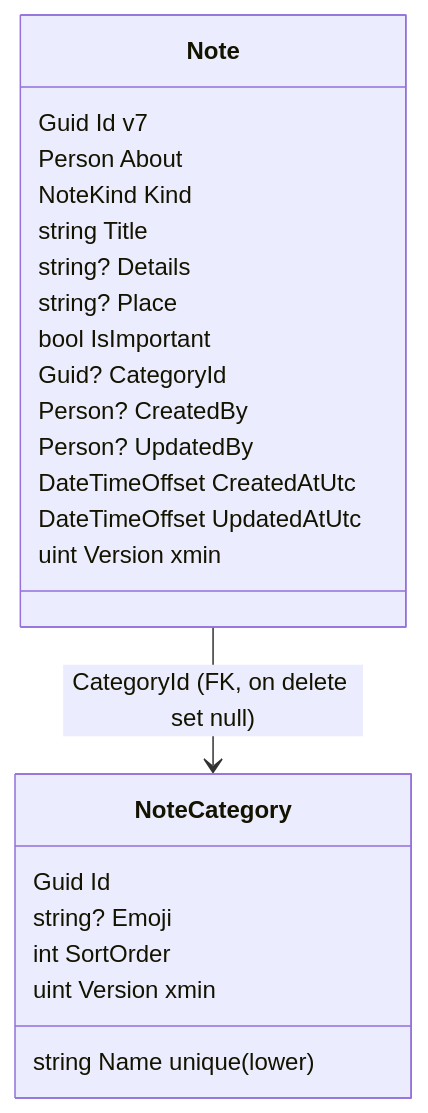
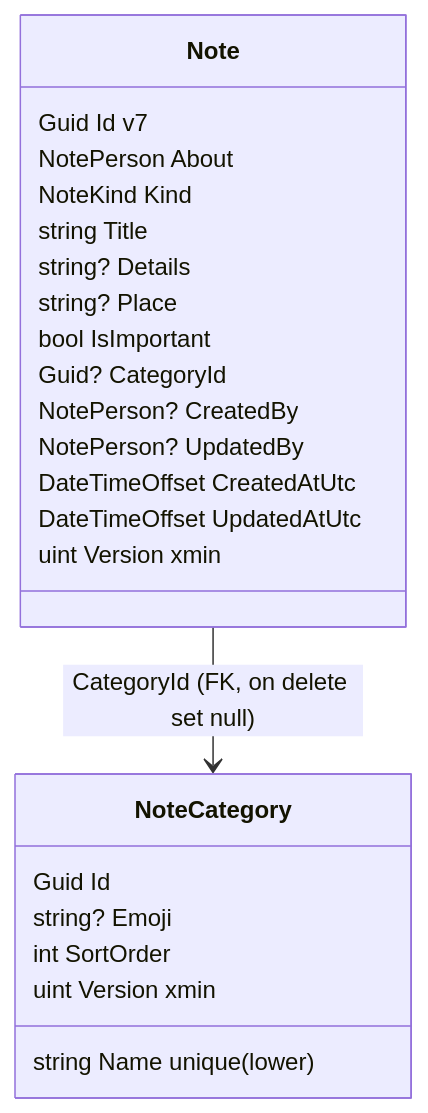
One commit to Weretik/home-app changed the diagram in api/docs/modules/notes.md. Above: the diagram before and after it, drawn with Mermaid. The commit also changed other lines of this file and 22 other files, not shown here.

First line of the commit message:
Notes backend audit: NotePerson schema, enum name clash test, docs

````diff
--- a/api/docs/modules/notes.md
+++ b/api/docs/modules/notes.md
@@ -14,26 +14,26 @@
 ```mermaid
 classDiagram
     class Note {
         Guid Id  v7
-        Person About
+        NotePerson About
         NoteKind Kind
         string Title
         string? Details
         string? Place
         bool IsImportant
         Guid? CategoryId
-        Person? CreatedBy
-        Person? UpdatedBy
+        NotePerson? CreatedBy
+        NotePerson? UpdatedBy
         DateTimeOffset CreatedAtUtc
         DateTimeOffset UpdatedAtUtc
         uint Version  xmin
     }
     class NoteCategory {
         Guid Id
         string Name  unique (lower)
         string? Emoji
         int SortOrder
         uint Version  xmin
     }
     Note --> NoteCategory : CategoryId (FK, on delete set null)
 ```
````
